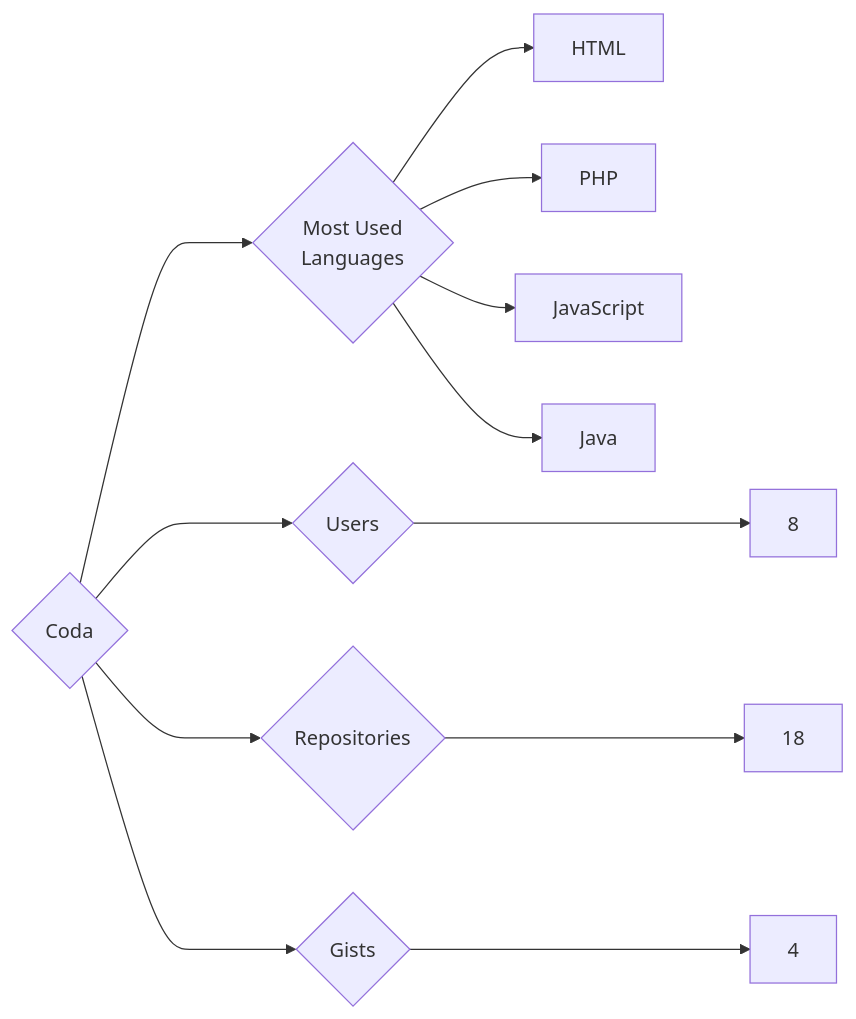
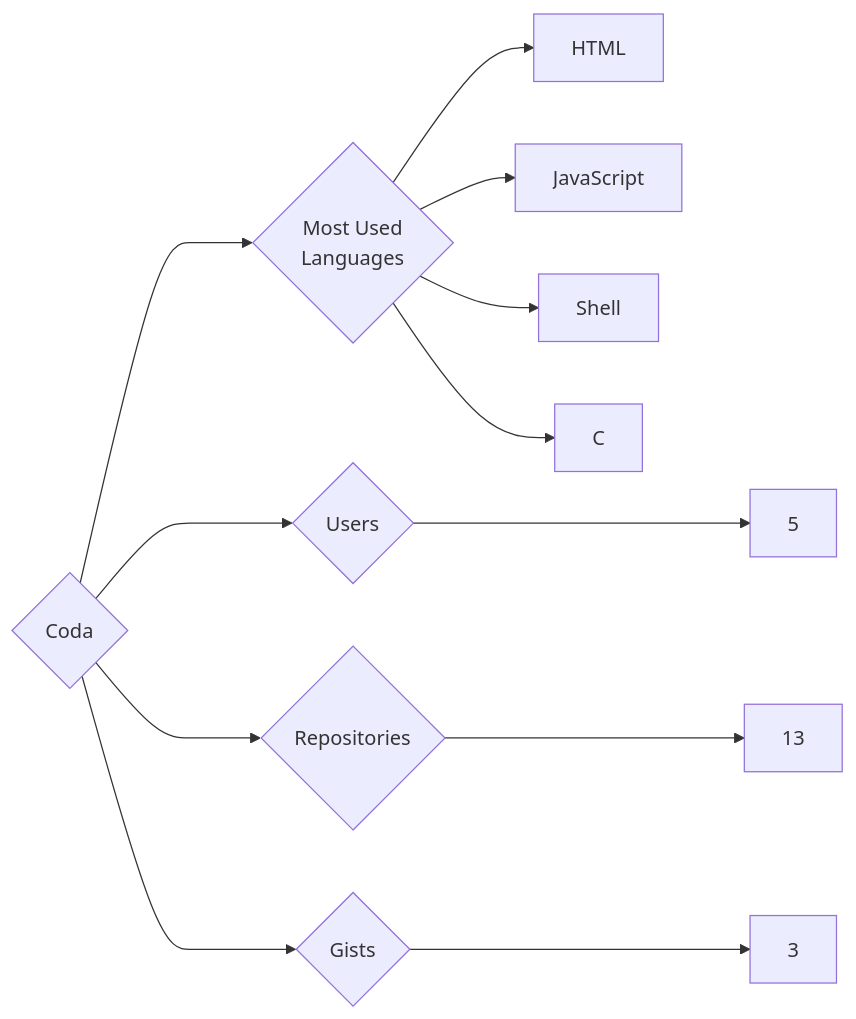
One commit to trickest/insiders changed the diagram in targets/Coda/README.md. Above: the diagram before and after it, drawn with Mermaid. The commit also changed 1212 other files, not shown here.

````diff
--- a/targets/Coda/README.md
+++ b/targets/Coda/README.md
@@ -3,12 +3,12 @@
 ```mermaid
 graph LR
 COMPANY_NAME{Coda}
-COMPANY_NAME ---> U{Users} ---> UN[8]
-COMPANY_NAME ---> R{Repositories} ---> RN[18]
-COMPANY_NAME ---> G{Gists} ---> GN[4]
+COMPANY_NAME ---> U{Users} ---> UN[5]
+COMPANY_NAME ---> R{Repositories} ---> RN[13]
+COMPANY_NAME ---> G{Gists} ---> GN[3]
 COMPANY_NAME ---> ML{Most Used<br>Languages}
 ML --> HTML[HTML]
-ML --> PHP[PHP]
 ML --> JavaScript[JavaScript]
-ML --> Java[Java]
+ML --> Shell[Shell]
+ML --> C[C]
 ```
````
